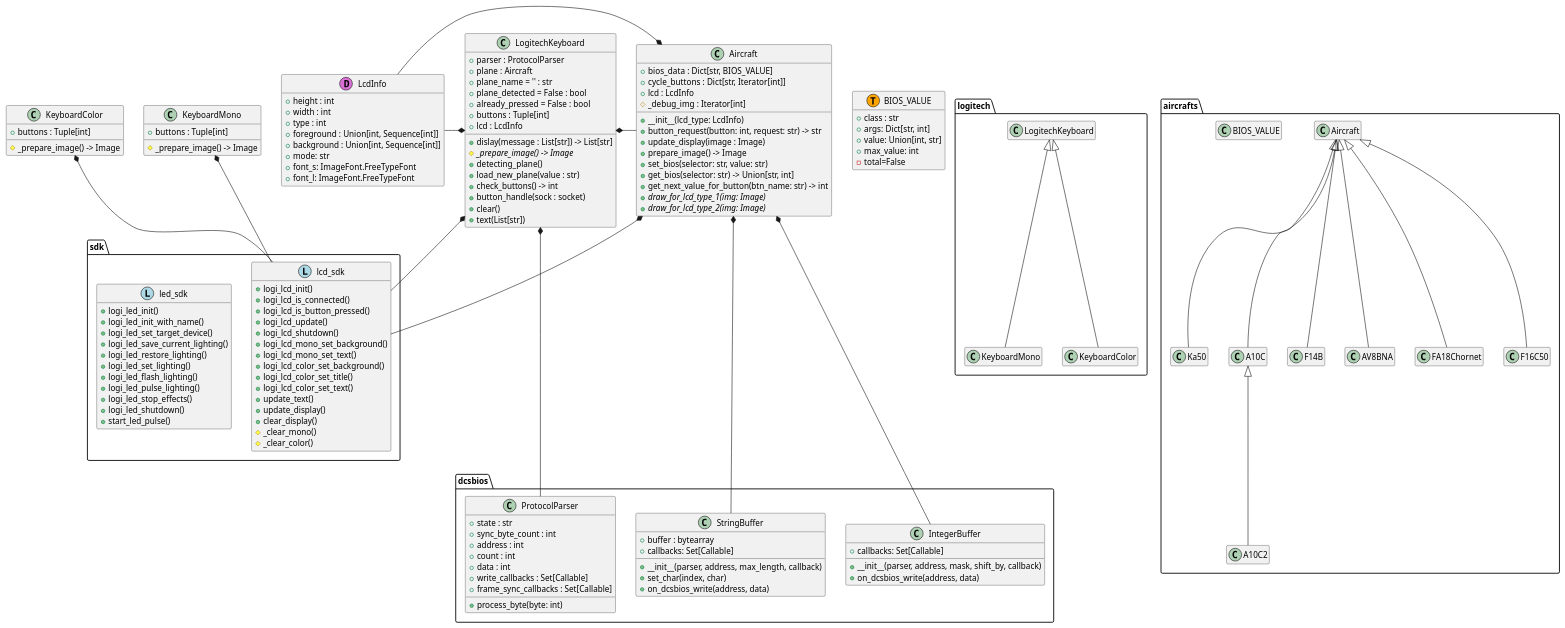
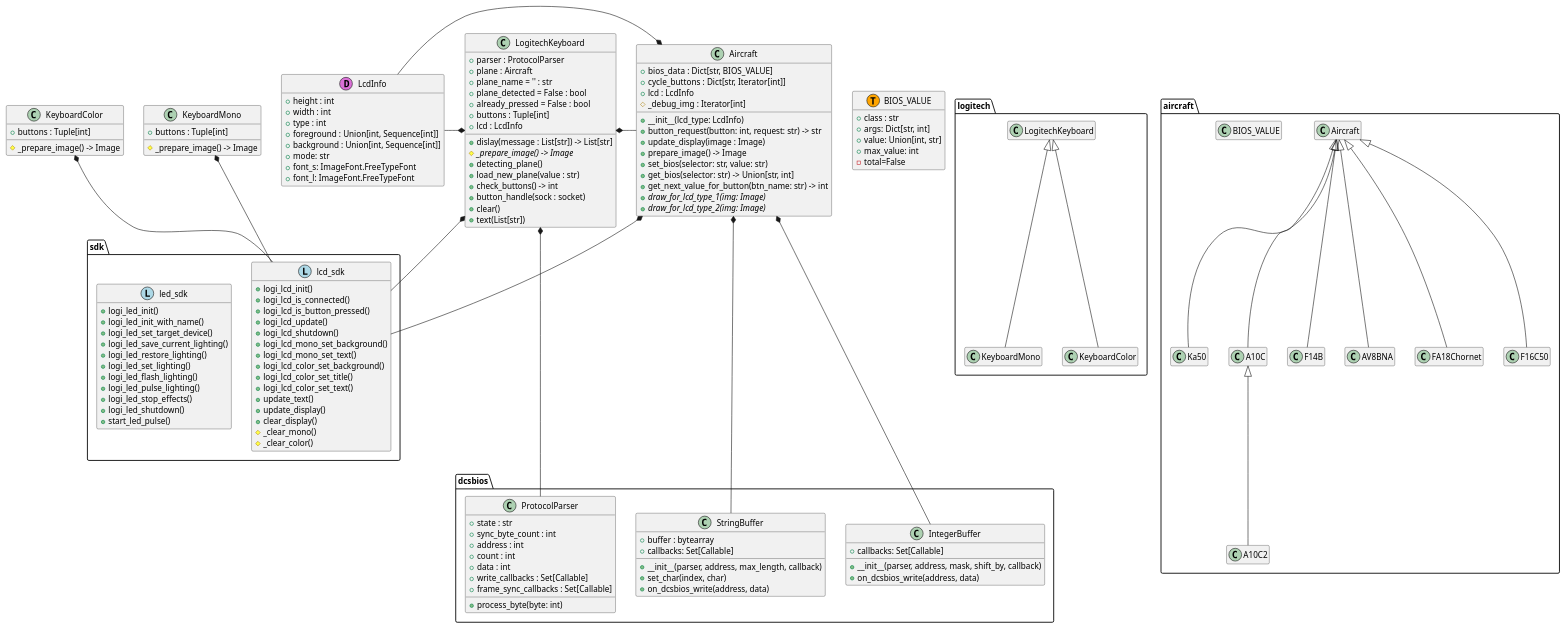
The diagram in uml/classes.puml (emcek/dcspy), drawn with PlantUML before and after one commit. The commit also changed 6 other files, not shown here.

```diff
--- a/uml/classes.puml
+++ b/uml/classes.puml
@@ -1,155 +1,155 @@
 @startuml
 hide empty members
 
 package dcsbios {
     class ProtocolParser {
         + state : str
         + sync_byte_count : int
         + address : int
         + count : int
         + data : int
         + write_callbacks : Set[Callable]
         + frame_sync_callbacks : Set[Callable]
         + process_byte(byte: int)
     }
 
     class StringBuffer {
         + buffer : bytearray
         + callbacks: Set[Callable]
         + __init__(parser, address, max_length, callback)
         + set_char(index, char)
         + on_dcsbios_write(address, data)
     }
 
     class IntegerBuffer {
         + callbacks: Set[Callable]
         + __init__(parser, address, mask, shift_by, callback)
         + on_dcsbios_write(address, data)
     }
 }
 
 package logitech {
     LogitechKeyboard <|-- KeyboardMono
     LogitechKeyboard <|-- KeyboardColor
 }
 
 class LogitechKeyboard {
     + parser : ProtocolParser
     + plane : Aircraft
     + plane_name = '' : str
     + plane_detected = False : bool
     + already_pressed = False : bool
     + buttons : Tuple[int]
     + lcd : LcdInfo
     + dislay(message : List[str]) -> List[str]
     # {abstract} _prepare_image() -> Image
     + detecting_plane()
     + load_new_plane(value : str)
     + check_buttons() -> int
     + button_handle(sock : socket)
     + clear()
     + text(List[str])
 }
 
 class KeyboardMono {
     + buttons : Tuple[int]
     # _prepare_image() -> Image
 }
 
 class KeyboardColor {
     + buttons : Tuple[int]
     # _prepare_image() -> Image
 }
 
-package aircrafts {
+package aircraft {
   Aircraft <|-- FA18Chornet
   Aircraft <|-- F16C50
   Aircraft <|-- Ka50
   Aircraft <|-- A10C
   A10C <|-- A10C2
   Aircraft <|-- F14B
   Aircraft <|-- AV8BNA
   class BIOS_VALUE
 }
 
 class Aircraft {
     + bios_data : Dict[str, BIOS_VALUE]
     + cycle_buttons : Dict[str, Iterator[int]]
     + lcd : LcdInfo
     # _debug_img : Iterator[int]
     + __init__(lcd_type: LcdInfo)
     + button_request(button: int, request: str) -> str
     + update_display(image : Image)
     + prepare_image() -> Image
     + set_bios(selector: str, value: str)
     + get_bios(selector: str) -> Union[str, int]
     + get_next_value_for_button(btn_name: str) -> int
     + {abstract} draw_for_lcd_type_1(img: Image)
     + {abstract} draw_for_lcd_type_2(img: Image)
 }
 
 class BIOS_VALUE <<(T,orange)>> {
     + class : str
     + args: Dict[str, int]
     + value: Union[int, str]
     + max_value: int
     - total=False
 }
 
 class LcdInfo <<(D,orchid)>> {
     + height : int
     + width : int
     + type : int
     + foreground : Union[int, Sequence[int]]
     + background : Union[int, Sequence[int]]
     + mode: str
     + font_s: ImageFont.FreeTypeFont
     + font_l: ImageFont.FreeTypeFont
 }
 
 package sdk{
     class lcd_sdk <<(L,lightblue)>> {
         + logi_lcd_init()
         + logi_lcd_is_connected()
         + logi_lcd_is_button_pressed()
         + logi_lcd_update()
         + logi_lcd_shutdown()
         + logi_lcd_mono_set_background()
         + logi_lcd_mono_set_text()
         + logi_lcd_color_set_background()
         + logi_lcd_color_set_title()
         + logi_lcd_color_set_text()
         + update_text()
         + update_display()
         + clear_display()
         # _clear_mono()
         # _clear_color()
     }
     class led_sdk <<(L,lightblue)>> {
         + logi_led_init()
         + logi_led_init_with_name()
         + logi_led_set_target_device()
         + logi_led_save_current_lighting()
         + logi_led_restore_lighting()
         + logi_led_set_lighting()
         + logi_led_flash_lighting()
         + logi_led_pulse_lighting()
         + logi_led_stop_effects()
         + logi_led_shutdown()
         + start_led_pulse()
     }
 }
 
 LogitechKeyboard *- Aircraft
 LcdInfo -* LogitechKeyboard
 LogitechKeyboard *--- ProtocolParser
 LogitechKeyboard *-- lcd_sdk
 
 KeyboardMono *-- lcd_sdk
 KeyboardColor *-- lcd_sdk
 
 LcdInfo -* Aircraft
 Aircraft *-- StringBuffer
 Aircraft *-- IntegerBuffer
 Aircraft *-- lcd_sdk
 @enduml
```
